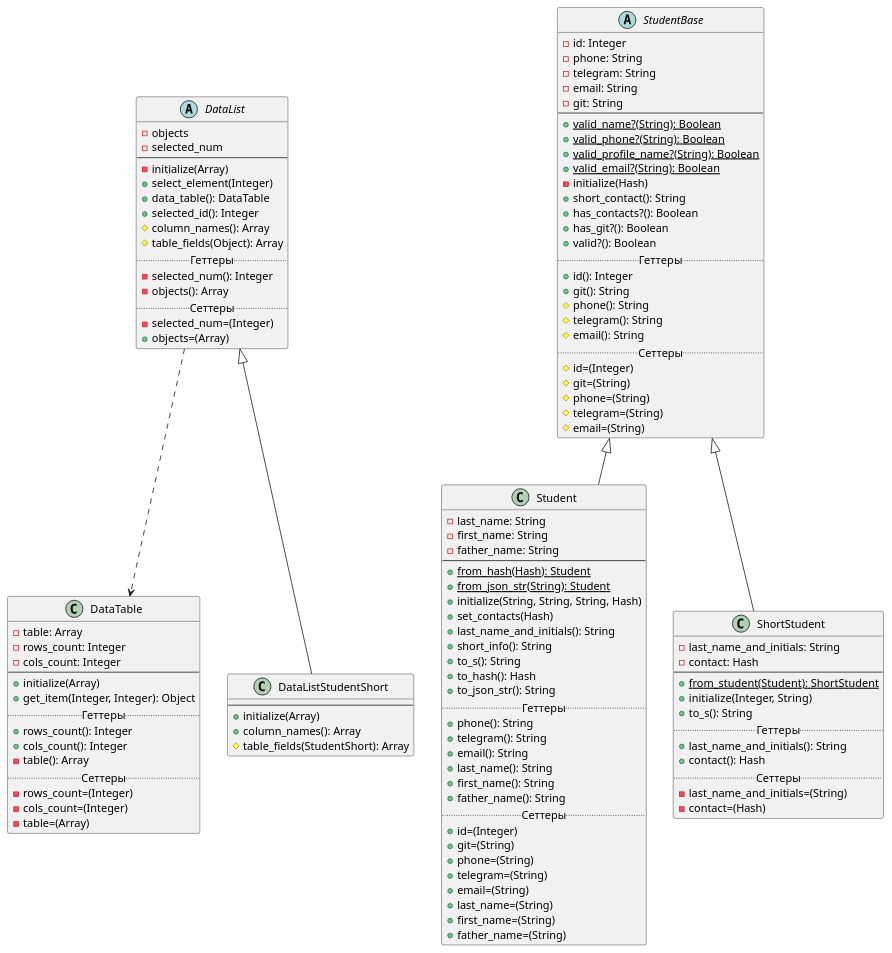
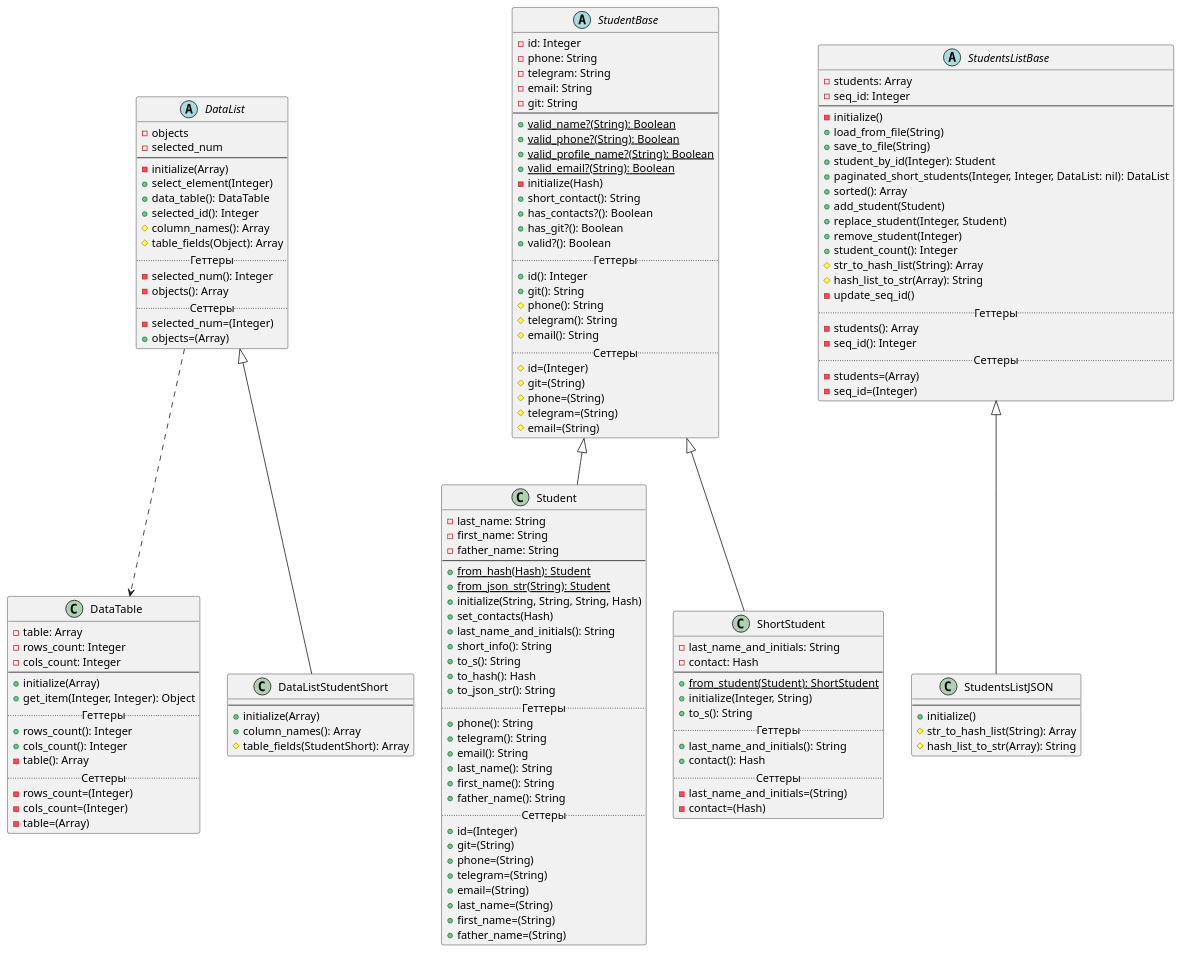
Before and after one commit to r1411/PatternsLabs: the diagram in Diagrams/lab2.puml, drawn with PlantUML. The commit also changed 5 other files, not shown here.

Commit message:
Класс StudentsListJSON (Лаб 2, Задание 4.2)

```diff
--- a/Diagrams/lab2.puml
+++ b/Diagrams/lab2.puml
@@ -1,125 +1,157 @@
 @startuml
 'https://plantuml.com/class-diagram
 
 DataList ..> DataTable
 
 abstract class StudentBase {
     -id: Integer
     -phone: String
     -telegram: String
     -email: String
     -git: String
     --
     +{static}valid_name?(String): Boolean
     +{static}valid_phone?(String): Boolean
     +{static}valid_profile_name?(String): Boolean
     +{static}valid_email?(String): Boolean
     -initialize(Hash)
     +short_contact(): String
     +has_contacts?(): Boolean
     +has_git?(): Boolean
     +valid?(): Boolean
     .. Геттеры ..
     +id(): Integer
     +git(): String
     #phone(): String
     #telegram(): String
     #email(): String
     .. Сеттеры ..
     #id=(Integer)
     #git=(String)
     #phone=(String)
     #telegram=(String)
     #email=(String)
 }
 
 class Student extends StudentBase {
     -last_name: String
     -first_name: String
     -father_name: String
     --
     +{static}from_hash(Hash): Student
     +{static}from_json_str(String): Student
     +initialize(String, String, String, Hash)
     +set_contacts(Hash)
     +last_name_and_initials(): String
     +short_info(): String
     +to_s(): String
     +to_hash(): Hash
     +to_json_str(): String
     .. Геттеры ..
     +phone(): String
     +telegram(): String
     +email(): String
     +last_name(): String
     +first_name(): String
     +father_name(): String
     .. Сеттеры ..
     +id=(Integer)
     +git=(String)
     +phone=(String)
     +telegram=(String)
     +email=(String)
     +last_name=(String)
     +first_name=(String)
     +father_name=(String)
 }
 
 class ShortStudent extends StudentBase {
     -last_name_and_initials: String
     -contact: Hash
     --
     +{static}from_student(Student): ShortStudent
     +initialize(Integer, String)
     +to_s(): String
     .. Геттеры ..
     +last_name_and_initials(): String
     +contact(): Hash
     .. Сеттеры ..
     -last_name_and_initials=(String)
     -contact=(Hash)
 }
 
 class DataTable {
     -table: Array
     -rows_count: Integer
     -cols_count: Integer
     --
     +initialize(Array)
     +get_item(Integer, Integer): Object
     .. Геттеры ..
     +rows_count(): Integer
     +cols_count(): Integer
     -table(): Array
     .. Сеттеры ..
     -rows_count=(Integer)
     -cols_count=(Integer)
     -table=(Array)
 }
 
 abstract class DataList {
     -objects
     -selected_num
     --
     -initialize(Array)
     +select_element(Integer)
     +data_table(): DataTable
     +selected_id(): Integer
     #column_names(): Array
     #table_fields(Object): Array
     .. Геттеры ..
     -selected_num(): Integer
     -objects(): Array
     .. Сеттеры ..
     -selected_num=(Integer)
     +objects=(Array)
 }
 
 class DataListStudentShort extends DataList {
     --
     +initialize(Array)
     +column_names(): Array
     #table_fields(StudentShort): Array
 }
 
+abstract class StudentsListBase {
+    -students: Array
+    -seq_id: Integer
+    --
+    -initialize()
+    +load_from_file(String)
+    +save_to_file(String)
+    +student_by_id(Integer): Student
+    +paginated_short_students(Integer, Integer, DataList: nil): DataList
+    +sorted(): Array
+    +add_student(Student)
+    +replace_student(Integer, Student)
+    +remove_student(Integer)
+    +student_count(): Integer
+    #str_to_hash_list(String): Array
+    #hash_list_to_str(Array): String
+    -update_seq_id()
+    .. Геттеры ..
+    -students(): Array
+    -seq_id(): Integer
+    .. Сеттеры ..
+    -students=(Array)
+    -seq_id=(Integer)
+}
+
+class StudentsListJSON extends StudentsListBase {
+    --
+    +initialize()
+    #str_to_hash_list(String): Array
+    #hash_list_to_str(Array): String
+}
+
 @enduml
```
